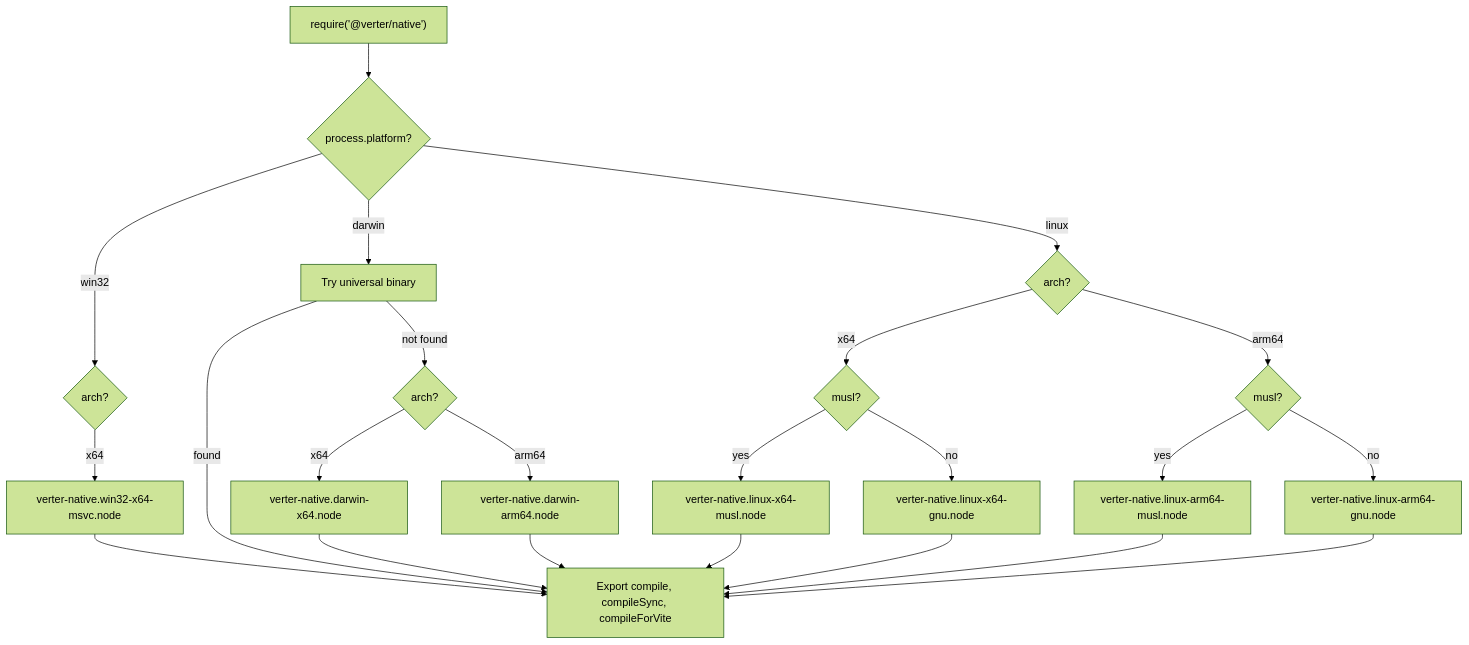
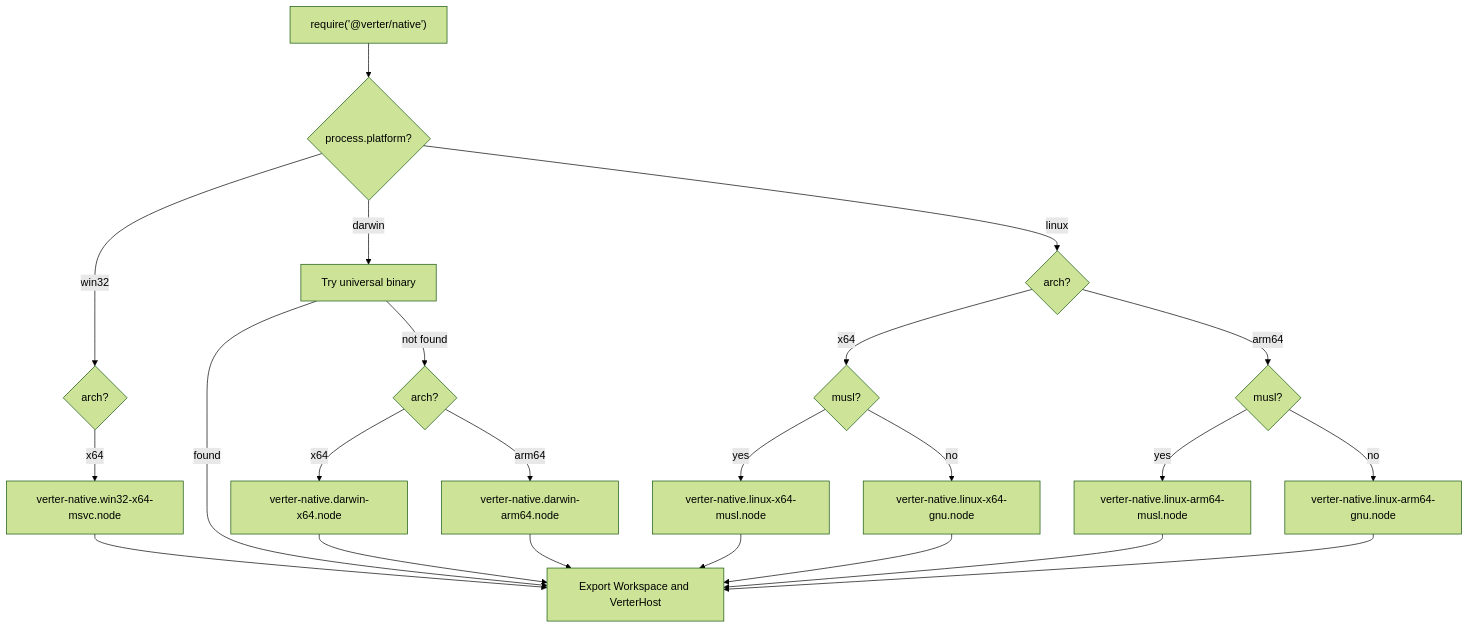
Before and after one commit to pikax/verter: the second of 2 diagrams in packages/native/README.md, drawn with Mermaid (forest theme). The commit also changed other lines of this file and 45 other files, not shown here.

````diff
--- a/packages/native/README.md
+++ b/packages/native/README.md
@@ -37,29 +39,29 @@
 ```mermaid
 flowchart TD
     Start["require('@verter/native')"] --> Platform{process.platform?}
     Platform -->|win32| WinArch{arch?}
     Platform -->|darwin| DarwinUniversal["Try universal binary"]
     Platform -->|linux| LinuxArch{arch?}
 
     WinArch -->|x64| WinX64["verter-native.win32-x64-msvc.node"]
 
-    DarwinUniversal -->|found| Done["Export compile, compileSync, compileForVite"]
+    DarwinUniversal -->|found| Done["Export Workspace and VerterHost"]
     DarwinUniversal -->|not found| DarwinArch{arch?}
     DarwinArch -->|x64| DarwinX64["verter-native.darwin-x64.node"]
     DarwinArch -->|arm64| DarwinArm64["verter-native.darwin-arm64.node"]
 
     LinuxArch -->|x64| LinuxMusl{musl?}
     LinuxArch -->|arm64| LinuxMuslArm{musl?}
     LinuxMusl -->|yes| LinuxX64Musl["verter-native.linux-x64-musl.node"]
     LinuxMusl -->|no| LinuxX64Gnu["verter-native.linux-x64-gnu.node"]
     LinuxMuslArm -->|yes| LinuxArm64Musl["verter-native.linux-arm64-musl.node"]
     LinuxMuslArm -->|no| LinuxArm64Gnu["verter-native.linux-arm64-gnu.node"]
 
     WinX64 --> Done
     DarwinX64 --> Done
     DarwinArm64 --> Done
     LinuxX64Musl --> Done
     LinuxX64Gnu --> Done
     LinuxArm64Musl --> Done
     LinuxArm64Gnu --> Done
 ```
````
